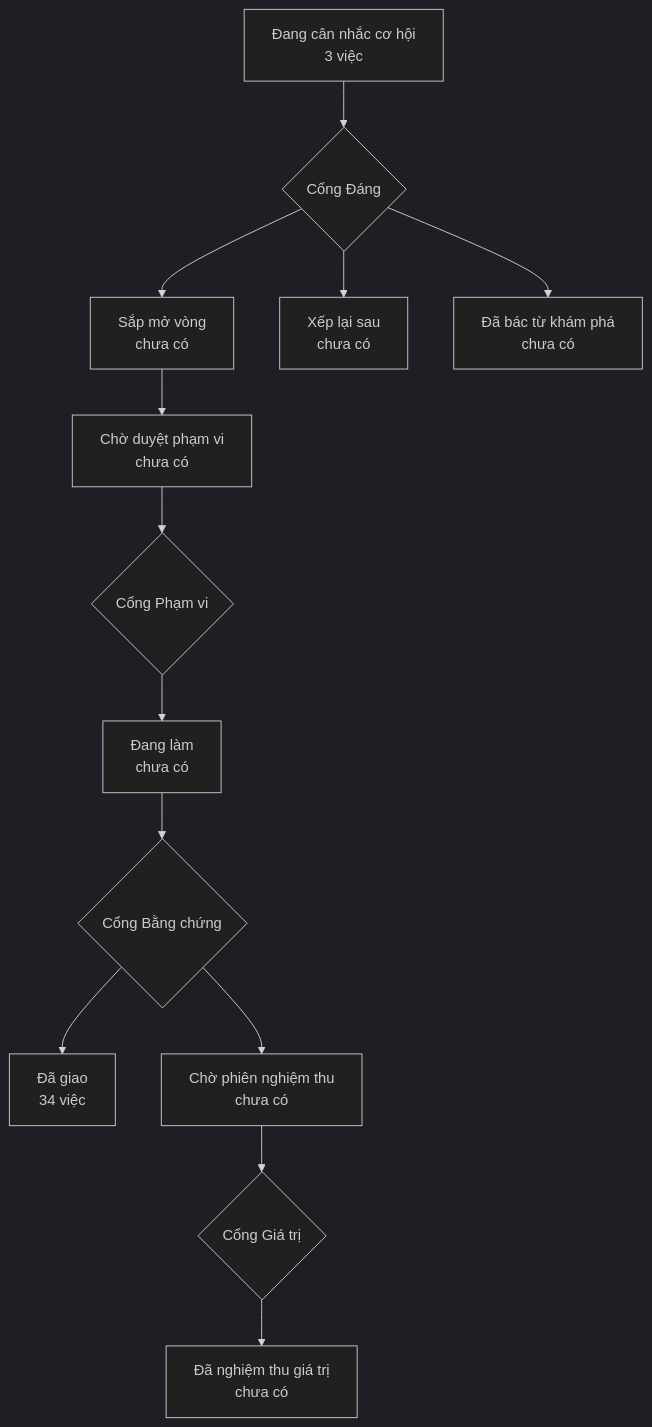
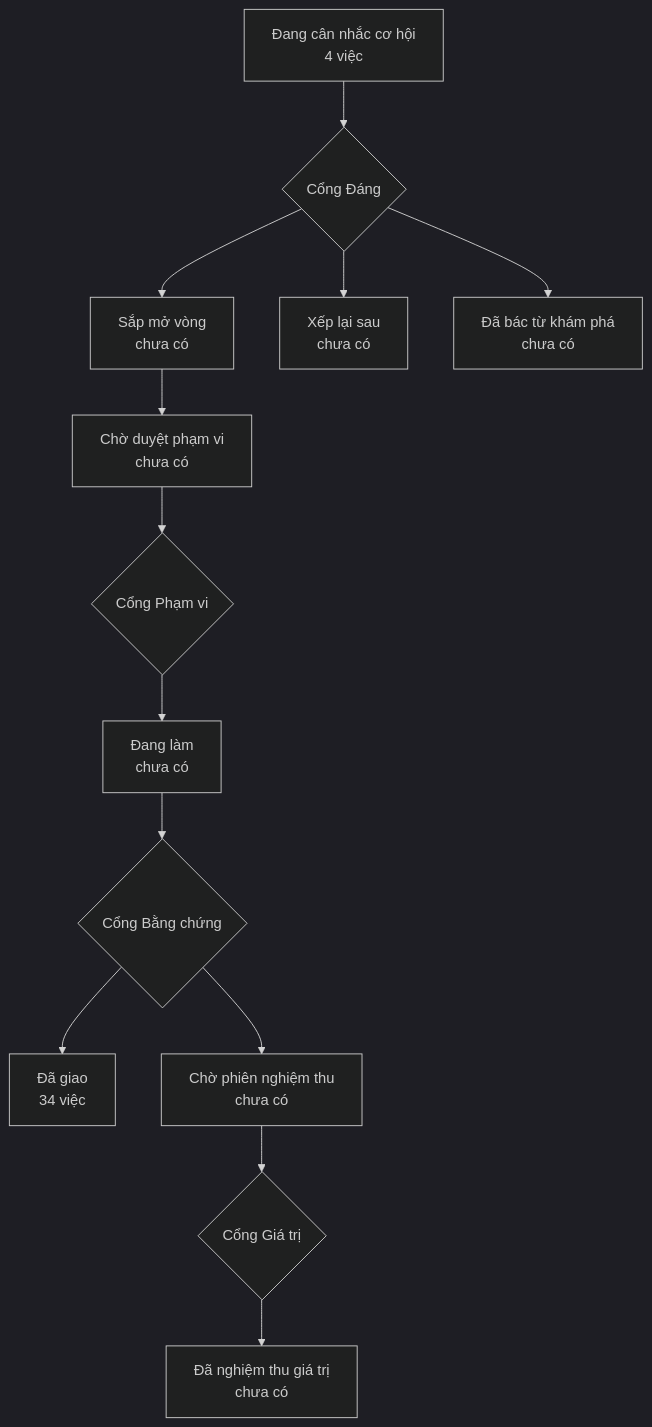
One commit to phanlemanh/OneFlow changed the diagram in PRODUCT-MAP.md. Above: the diagram before and after it, drawn with Mermaid (dark theme). The commit also changed other lines of this file and 1 other file, not shown here.

Commit message:
docs(acceptance): mo ho so co hoi cho sau cho hang rao doc nham loi
Gom sau muc "Ngoai hop dong" ma owner day ra ngoai pham vi tai Cong Bang
chung 03/09. Chung o BA hang rao khac nhau nhung CUNG MOT hinh dang: khi
mot phep kiem khong lay duoc du lieu no can, no khong noi "toi khong do
duoc" — no im lang tra ve gia tri rong roi ket luan rong ay thanh "sach".

Do duoc, khong phai suy luan:
- che do so dong ghim moi voi mot nhanh khong ton tai: 1674 dong lich su
  bi coi la moi, 25 loi gia;
- khoa YAML trung da gay hau qua that tren mot ho so DA KY (bang chung mo
  ta mot phep do da rut);
- be tac tu-quy-chieu: ghim sau merge lam 2 o khong the xanh — da va tam
  bang thu hep paths 03/09, GOC CHUA SUA;
- bo quet theo mau doc trich dan thanh khang dinh: xay ra BA LAN trong
  mot ngay o ba bo quet doc lap.

Hai cho dau CHAN viec cam hang rao ghim vao CI — von la gioi han so mot
ma ho so goc khai.

Vi sao khong sua trong ho so goc: no da ky sau NAM vong, va ba vong cuoi
cho thay moi ban va them lai de mot finding cung ho. Sau cho nam o ba
hang rao, hai trong so do thuoc ho so da ky khac.

````diff
--- a/PRODUCT-MAP.md
+++ b/PRODUCT-MAP.md
@@ -6,12 +6,12 @@
 ```mermaid
 flowchart TD
-  A["Đang cân nhắc cơ hội<br/>3 việc"] --> GD{"Cổng Đáng"}
+  A["Đang cân nhắc cơ hội<br/>4 việc"] --> GD{"Cổng Đáng"}
   GD --> B["Sắp mở vòng<br/>chưa có"]
   GD --> XL["Xếp lại sau<br/>chưa có"]
   GD --> DB["Đã bác từ khám phá<br/>chưa có"]
   B --> CD["Chờ duyệt phạm vi<br/>chưa có"] --> GP{"Cổng Phạm vi"}
   GP --> DL["Đang làm<br/>chưa có"] --> GB{"Cổng Bằng chứng"}
   GB --> DG["Đã giao<br/>34 việc"]
   GB --> CN["Chờ phiên nghiệm thu<br/>chưa có"] --> GG{"Cổng Giá trị"}
   GG --> NT["Đã nghiệm thu giá trị<br/>chưa có"]
 ```
````
